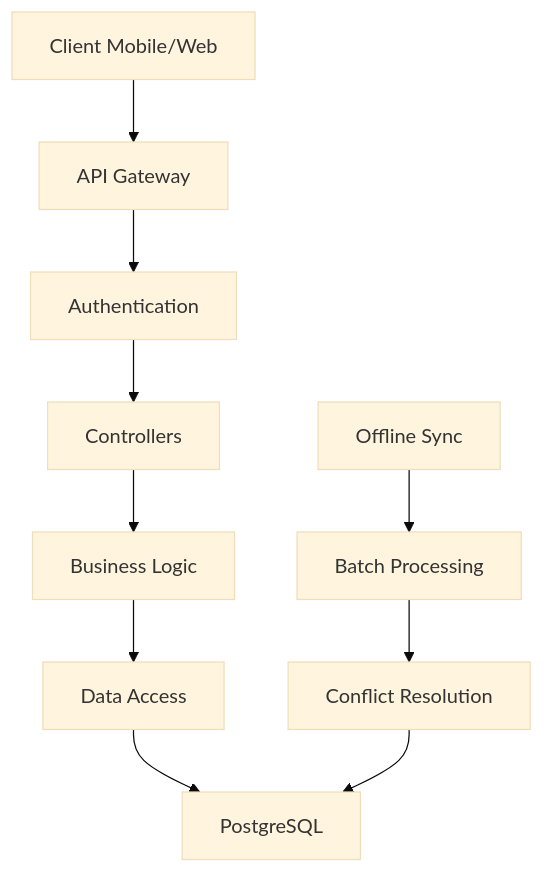
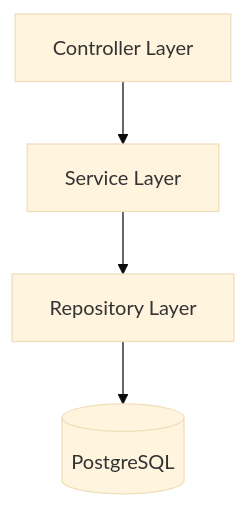
The second of 8 diagrams in backend-java/docs/Architecture .md (rado4002/-SalesFlow-Lite), drawn with Mermaid (base theme) before and after one commit. The commit also changed other lines of this file and 1 other file, not shown here.

Commit message:
docs(backend-java): finalize architecture doc – 4+1 views, Mermaid visuals, patterns

````diff
--- a/backend-java/docs/Architecture .md
+++ b/backend-java/docs/Architecture .md
@@ -33,14 +74,11 @@
 ```mermaid
+graph TB
+    C[Controller Layer]
+    S[Service Layer]
+    R[Repository Layer]
+    D[(PostgreSQL)]
 
-graph TB
-   A[Client Mobile/Web] --> B[API Gateway]
-   B --> C[Authentication]
-   C --> D[Controllers]
-   D --> E[Business Logic]
-   E --> F[Data Access]
-   F --> G[PostgreSQL]
-
-   H[Offline Sync] --> I[Batch Processing]
-   I --> J[Conflict Resolution]
-   J --> G
+    C --> S
+    S --> R
+    R --> D
 ```
````
